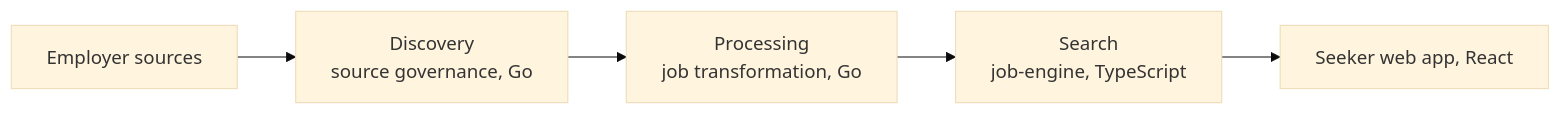
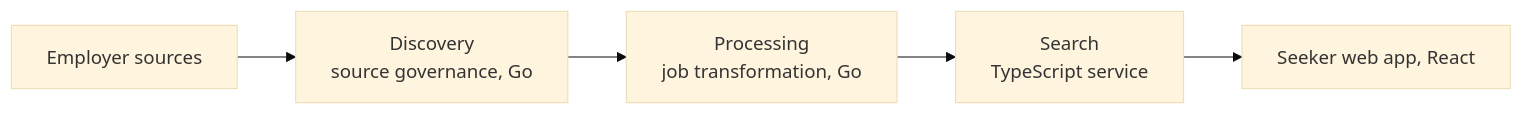
The diagram in README.md (swarajreddy10/swarajreddy10), drawn with Mermaid (base theme) before and after one commit. The commit also changed other lines of this file, not shown here.

Commit message:
Describe confidential work by pattern and result: a client's healthcare platform, job-board families, a search service, and no vendor technique, model version or threshold.

````diff
--- a/README.md
+++ b/README.md
@@ -25,9 +25,9 @@
 ```mermaid
 flowchart LR
   accTitle: SpotMyJob job-data pipeline
   accDescr: Employer sources flow into discovery, then processing, then search, which serves the seeker web app. Discovery and processing are Go services; search is a TypeScript service.
   A[Employer sources] --> B[Discovery<br/>source governance, Go]
   B --> C[Processing<br/>job transformation, Go]
-  C --> D[Search<br/>job-engine, TypeScript]
+  C --> D[Search<br/>TypeScript service]
   D --> E[Seeker web app, React]
 ```
````
